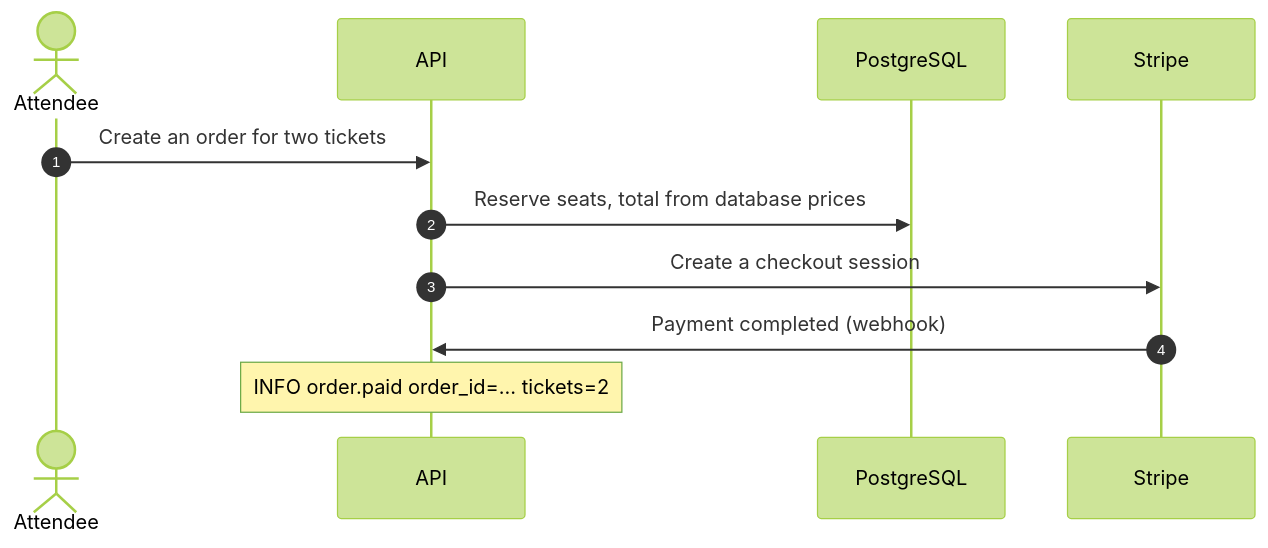
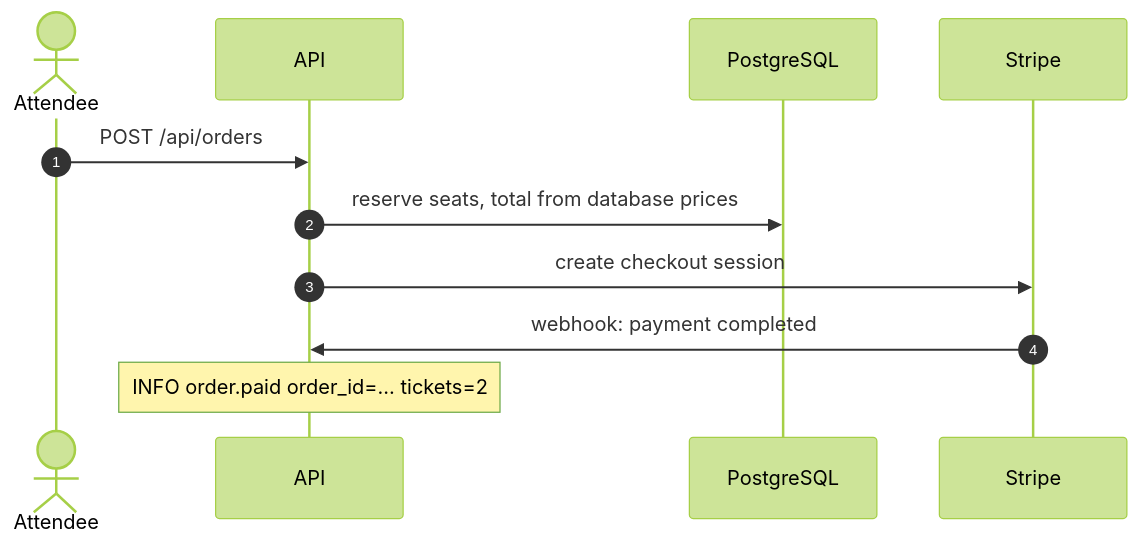
Before and after one commit to mohamed-osama-aboelkheir/appsec-untangled-resources: the diagram in plugins/appsec-skills/skills/threat-model/templates/threat-model.md, drawn with Mermaid (forest theme). The commit also changed other lines of this file and 7 other files, not shown here.

````diff
--- a/plugins/appsec-skills/skills/threat-model/templates/threat-model.md
+++ b/plugins/appsec-skills/skills/threat-model/templates/threat-model.md
@@ -28,13 +30,13 @@
 ```mermaid
 sequenceDiagram
     autonumber
     actor U as Attendee
     participant API as API
     participant DB as PostgreSQL
     participant S as Stripe
-    U->>API: Create an order for two tickets
-    API->>DB: Reserve seats, total from database prices
-    API->>S: Create a checkout session
-    S->>API: Payment completed (webhook)
+    U->>API: POST /api/orders
+    API->>DB: reserve seats, total from database prices
+    API->>S: create checkout session
+    S->>API: webhook: payment completed
     Note over API: INFO order.paid order_id=… tickets=2
 ```
````
